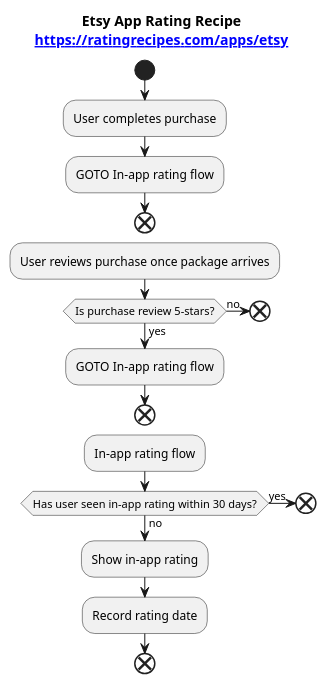
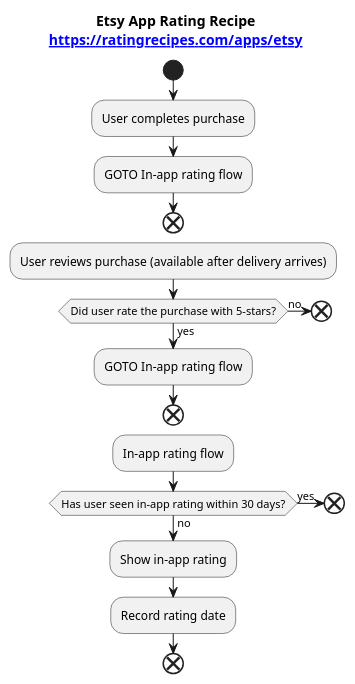
Before and after one commit to ratingrecipes/ratingrecipes: the diagram in apps/etsy/flow.iuml, drawn with PlantUML.

```diff
--- a/apps/etsy/flow.iuml
+++ b/apps/etsy/flow.iuml
@@ -1,28 +1,28 @@
 @startuml
 
 title Etsy App Rating Recipe\n[[https://ratingrecipes.com/apps/etsy]]
 
 start
 
 :User completes purchase;
 :GOTO In-app rating flow;
 end
 
-:User reviews purchase once package arrives;
-if (Is purchase review 5-stars?) then (yes)
+:User reviews purchase (available after delivery arrives);
+if (Did user rate the purchase with 5-stars?) then (yes)
     :GOTO In-app rating flow;
     end
 else (no)
     end
 endif
 
 :In-app rating flow;
 if (Has user seen in-app rating within 30 days?) then (yes)
     end
 else (no)
     :Show in-app rating;
     :Record rating date;
     end
 endif
 
 @enduml
```
